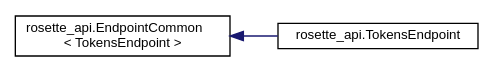
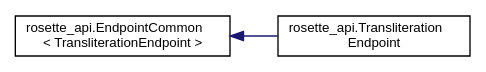
The diagram in inherit_graph_17.dot (rosette-api/dotnet), drawn with Graphviz before and after one commit. The commit also changed 196 other files, not shown here.

```diff
--- a/inherit_graph_17.dot
+++ b/inherit_graph_17.dot
@@ -1,9 +1,9 @@
 digraph "Graphical Class Hierarchy"
 {
   edge [fontname="Helvetica",fontsize="10",labelfontname="Helvetica",labelfontsize="10"];
   node [fontname="Helvetica",fontsize="10",shape=record];
   rankdir="LR";
-  Node0 [label="rosette_api.EndpointCommon\l\< TokensEndpoint \>",height=0.2,width=0.4,color="black", fillcolor="white", style="filled",URL="$classrosette__api_1_1_endpoint_common.html"];
+  Node0 [label="rosette_api.EndpointCommon\l\< TransliterationEndpoint \>",height=0.2,width=0.4,color="black", fillcolor="white", style="filled",URL="$classrosette__api_1_1_endpoint_common.html"];
   Node0 -> Node1 [dir="back",color="midnightblue",fontsize="10",style="solid",fontname="Helvetica"];
-  Node1 [label="rosette_api.TokensEndpoint",height=0.2,width=0.4,color="black", fillcolor="white", style="filled",URL="$classrosette__api_1_1_tokens_endpoint.html"];
+  Node1 [label="rosette_api.Transliteration\lEndpoint",height=0.2,width=0.4,color="black", fillcolor="white", style="filled",URL="$classrosette__api_1_1_transliteration_endpoint.html"];
 }
```
